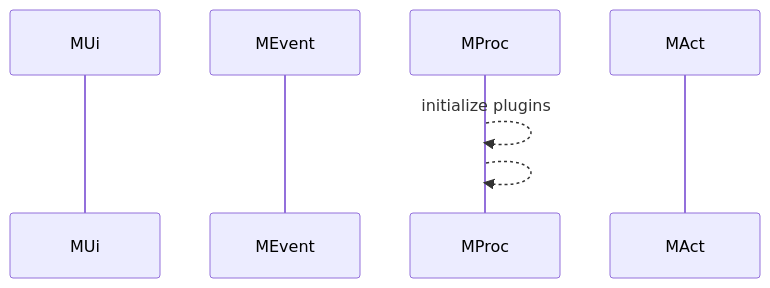
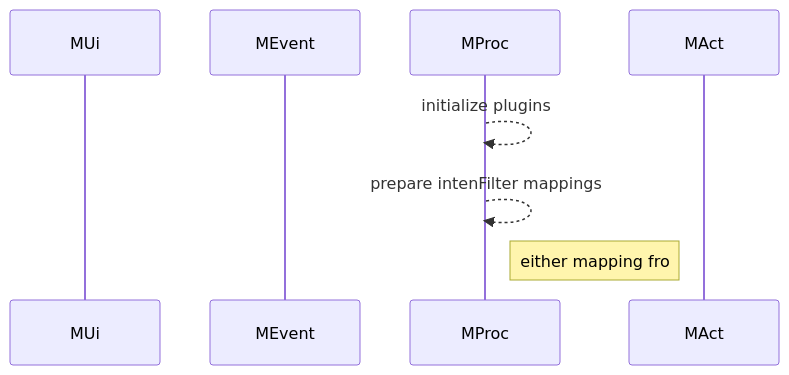
Before and after one commit to gordianknotC/nxp_note: the third of 6 diagrams in flutter/android_to_flutter.md, drawn with Mermaid. The commit also changed other lines of this file, not shown here.

````diff
--- a/flutter/android_to_flutter.md
+++ b/flutter/android_to_flutter.md
@@ -50,10 +50,11 @@
 ```mermaid
 sequenceDiagram
 participant MUi
 participant MEvent
 participant MProc
 participant MAct
 
 MProc-->>MProc: initialize plugins
-MProc-->>MProc: 
+MProc-->>MProc: prepare intenFilter mappings
+Note right of MProc: either mapping fro
 ```
````
